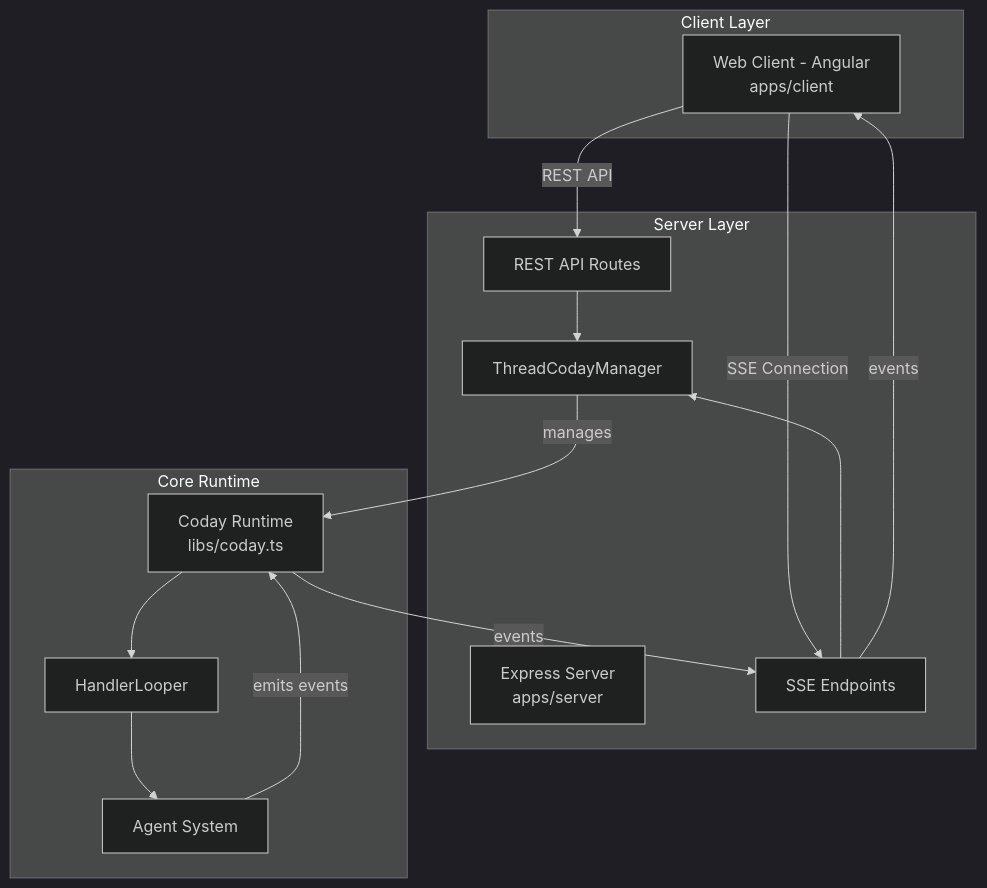
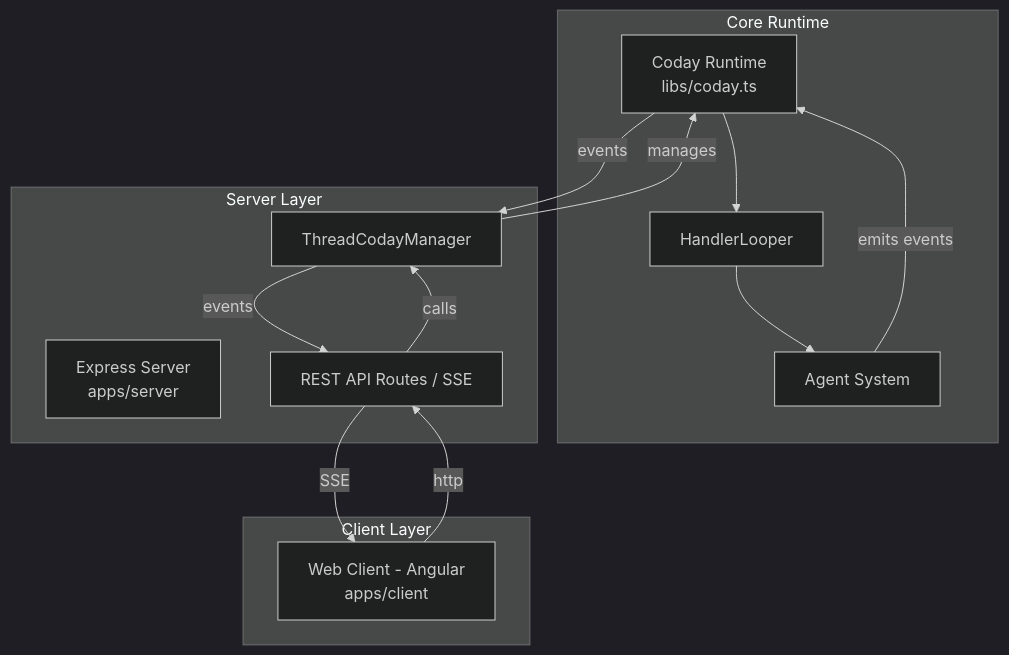
Before and after one commit to whoz-oss/coday: the first of 4 diagrams in docs/to-rework/ARCHITECTURE.md, drawn with Mermaid (dark theme). The commit also changed other lines of this file, not shown here.

Commit message:
docs: tweak ARCHITECTURE.md

````diff
--- a/docs/to-rework/ARCHITECTURE.md
+++ b/docs/to-rework/ARCHITECTURE.md
@@ -7,30 +7,26 @@
 ```mermaid
 graph TB
-    subgraph "Client Layer"
-        WebClient[Web Client - Angular<br/>apps/client]
-    end
-    
-    subgraph "Server Layer"
-        WebServer[Express Server<br/>apps/server]
-        RestAPI[REST API Routes]
-        SSE[SSE Endpoints]
-        ThreadManager[ThreadCodayManager]
-    end
-    
     subgraph "Core Runtime"
         Coday[Coday Runtime<br/>libs/coday.ts]
         HandlerLooper
         Agents[Agent System]
     end
+    subgraph "Server Layer"
+        WebServer[Express Server<br/>apps/server]
+        ThreadManager[ThreadCodayManager]
+        API[REST API Routes / SSE]
+    end
+    subgraph "Client Layer"
+        WebClient[Web Client - Angular<br/>apps/client]
+    end
     
-    WebClient -->|REST API| RestAPI
-    WebClient -->|SSE Connection| SSE
-    RestAPI --> ThreadManager
-    SSE --> ThreadManager
+    API -->|SSE| WebClient
     ThreadManager -->|manages| Coday
+    WebClient -->|http| API
+    API -->|calls| ThreadManager
+    ThreadManager -->|events| API 
     Coday --> HandlerLooper
     HandlerLooper --> Agents
     Agents -->|emits events| Coday
-    Coday -->|events| SSE
-    SSE -->|events| WebClient
+    Coday -->|events| ThreadManager
 ```
````
